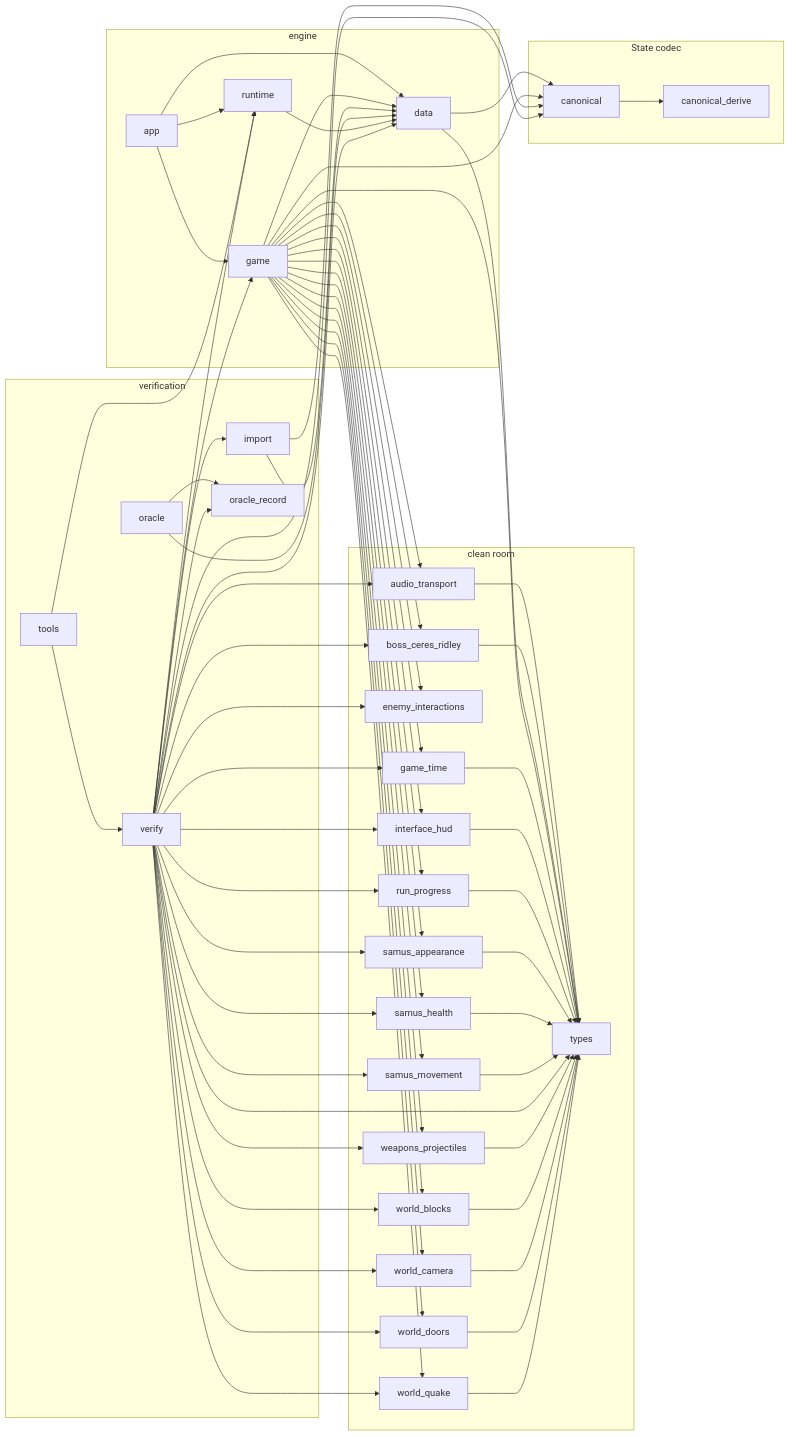
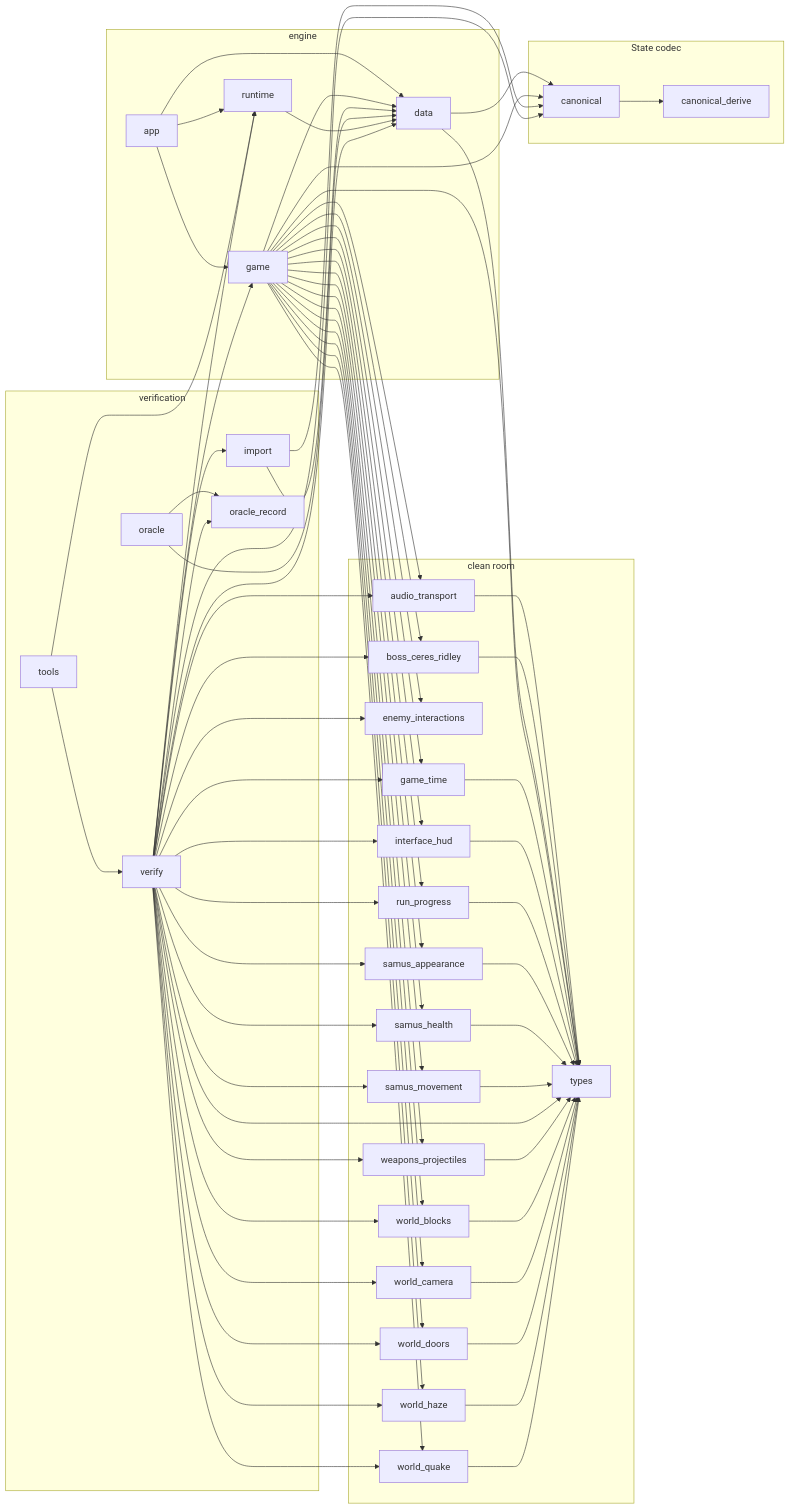
One commit to JimLundin/sm-decomp changed the second of 17 diagrams in docs/REPORT.md. Above: the diagram before and after it, drawn with Mermaid. The commit also changed other lines of this file and 89 other files, not shown here.

````diff
--- a/docs/REPORT.md
+++ b/docs/REPORT.md
@@ -821,6 +849,7 @@
     c_world_blocks["world_blocks"]
     c_world_camera["world_camera"]
     c_world_doors["world_doors"]
+    c_world_haze["world_haze"]
     c_world_quake["world_quake"]
   end
   subgraph codec["State codec"]
@@ -858,6 +887,7 @@
   c_game --> c_world_blocks
   c_game --> c_world_camera
   c_game --> c_world_doors
+  c_game --> c_world_haze
   c_game --> c_world_quake
   c_game_time --> c_types
   c_import --> c_canonical
@@ -892,10 +922,12 @@
   c_verify --> c_world_blocks
   c_verify --> c_world_camera
   c_verify --> c_world_doors
+  c_verify --> c_world_haze
   c_verify --> c_world_quake
   c_weapons_projectiles --> c_types
   c_world_blocks --> c_types
   c_world_camera --> c_types
   c_world_doors --> c_types
+  c_world_haze --> c_types
   c_world_quake --> c_types
 ```
````
